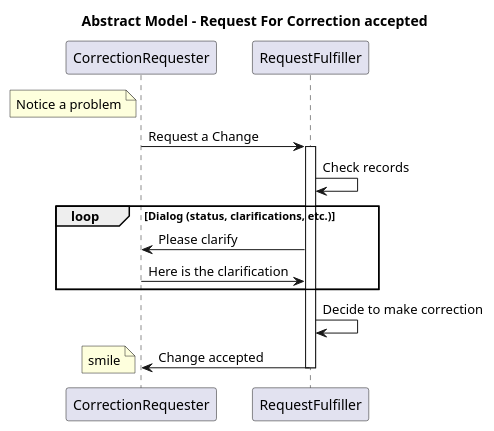
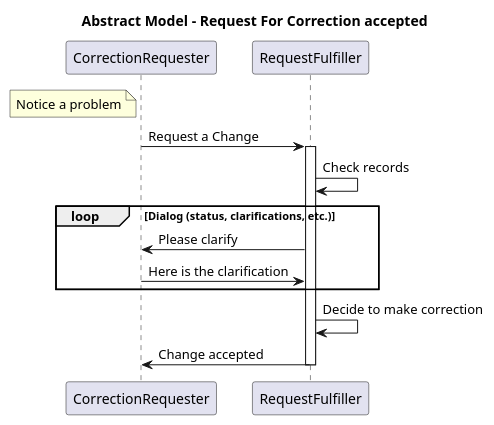
Before and after one commit to HL7/fhir-patient-correction: the diagram in input/images-source/use-case-1.plantuml, drawn with PlantUML. The commit also changed 6 other files, not shown here.

```diff
--- a/input/images-source/use-case-1.plantuml
+++ b/input/images-source/use-case-1.plantuml
@@ -1,21 +1,20 @@
 @startuml
 title Abstract Model - Request For Correction accepted
 
 note left of CorrectionRequester
 Notice a problem
 end note
 CorrectionRequester->RequestFulfiller : Request a Change
 Activate RequestFulfiller
 RequestFulfiller->RequestFulfiller : Check records
 
 loop Dialog (status, clarifications, etc.)
    RequestFulfiller->CorrectionRequester : Please clarify
    CorrectionRequester->RequestFulfiller : Here is the clarification
 end
 
 RequestFulfiller->RequestFulfiller : Decide to make correction
 RequestFulfiller->CorrectionRequester : Change accepted
 Deactivate RequestFulfiller
 
-note left: smile
 @enduml
```
